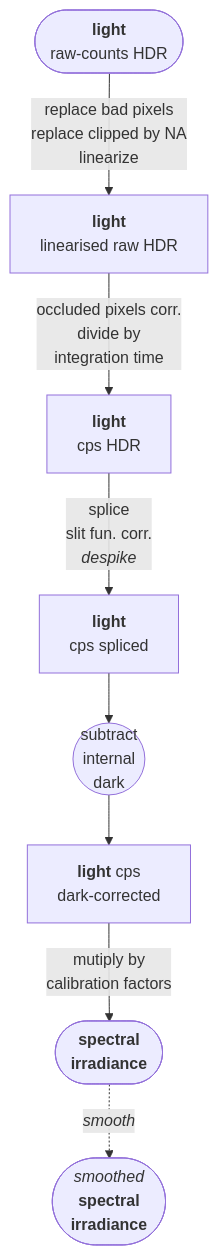
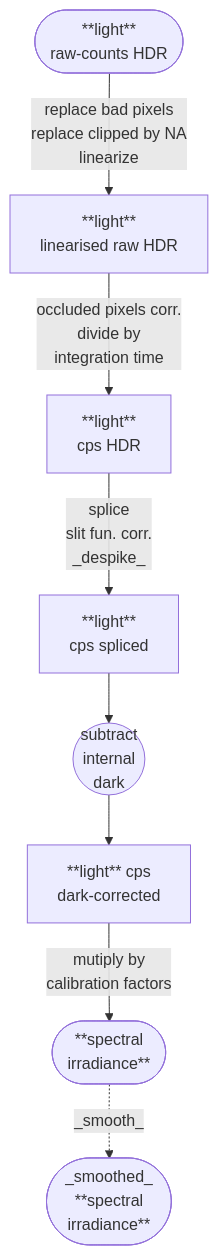
The third of 4 diagrams in pages/ooacquire-algorithms.qmd (aphalo/r4p-blog), drawn with Mermaid before and after one commit. The commit also changed other lines of this file and 8 other files, not shown here.

Commit message:
Update ooacquire algorithms Mermaid diagrams

````diff
--- a/pages/ooacquire-algorithms.qmd
+++ b/pages/ooacquire-algorithms.qmd
@@ -223,17 +223,17 @@
 ```{mermaid}
 %%| label: fig-data-flow-none-internal
 %%| fig-cap: Data flow for conversion of raw-counts into spectral irradiance when using the protocol `"l"`. The **dark** spectrum is never spliced as the longest integration time is the best across all wavelengths and used as is. QC stands for Quality Control and is applied to wavelengths expected to be subject only to dark noise.
 %%| fig-align: center
 %%| 
 flowchart TB
 
-lr([<b>light</b>\nraw-counts HDR]) --replace bad pixels\nreplace clipped by NA\nlinearize--> ll[<b>light</b>\nlinearised raw HDR]
--->|occluded pixels corr.\ndivide by\nintegration time| lc[<b>light</b>\ncps HDR] 
---splice\nslit fun. corr.\n<i>despike</i>--> l[<b>light</b>\ncps spliced]
+lr([**light**<br>raw-counts HDR]) --replace bad pixels<br>replace clipped by NA<br>linearize--> ll[**light**<br>linearised raw HDR]
+-->|occluded pixels corr.<br>divide by<br>integration time| lc[**light**<br>cps HDR] 
+--splice<br>slit fun. corr.<br>_despike_--> l[**light**<br>cps spliced]
 
-l --> lm(("subtract\ninternal\ndark")) --> ldc[<b>light</b> cps\ndark-corrected]
+l --> lm(("subtract<br>internal<br>dark")) --> ldc[**light** cps<br>dark-corrected]
 
-ldc --mutiply by\ncalibration factors--> irrad([<b>spectral\nirradiance</b>])
-irrad -.->|<i>smooth</i>|sirrad([<i>smoothed</i>\n<b>spectral\nirradiance</b>]) 
+ldc --mutiply by<br>calibration factors--> irrad([**spectral<br>irradiance**])
+irrad -.->|_smooth_|sirrad([_smoothed_<br>**spectral<br>irradiance**]) 
 
 ```
````
